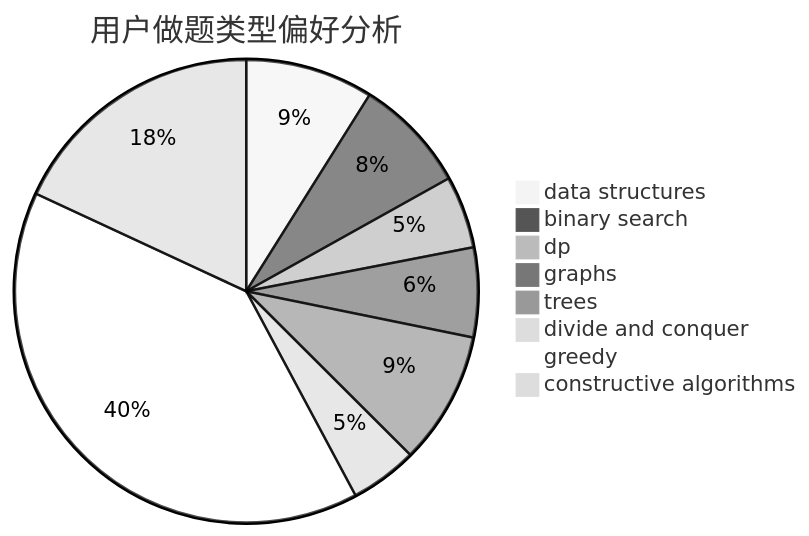
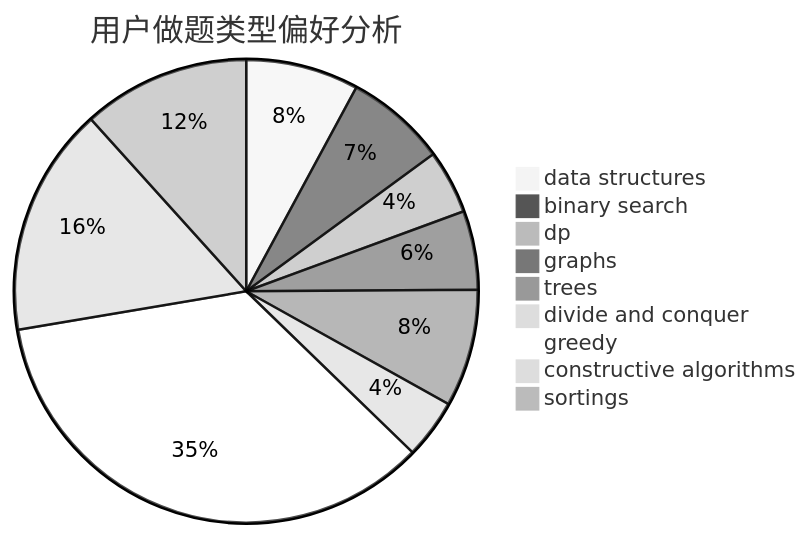
The second of 3 diagrams in docs/user/u1088.md (sherpahu/cfrs.github.io), drawn with Mermaid (neutral theme) before and after one commit. The commit also changed other lines of this file and 2769 other files, not shown here.

````diff
--- a/docs/user/u1088.md
+++ b/docs/user/u1088.md
@@ -23,11 +18,12 @@
 ```mermaid
 pie title 用户做题类型偏好分析
     "data structures" :  226
     "binary search" :  202
     "dp" :  128
     "graphs" :  158
     "trees" :  235
     "divide and conquer" :  119
     "greedy" :  1006
     "constructive algorithms" :  458
+    "sortings" :  335
 ```
````
